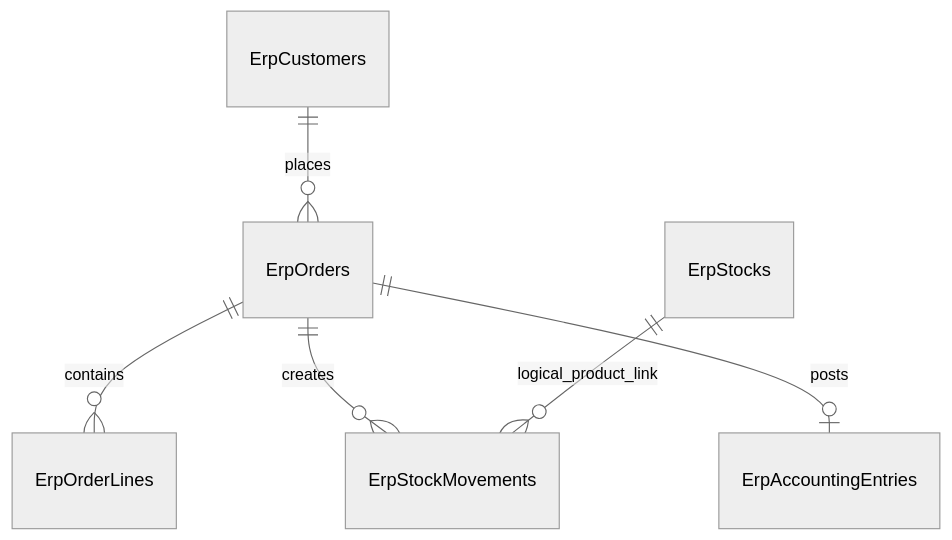
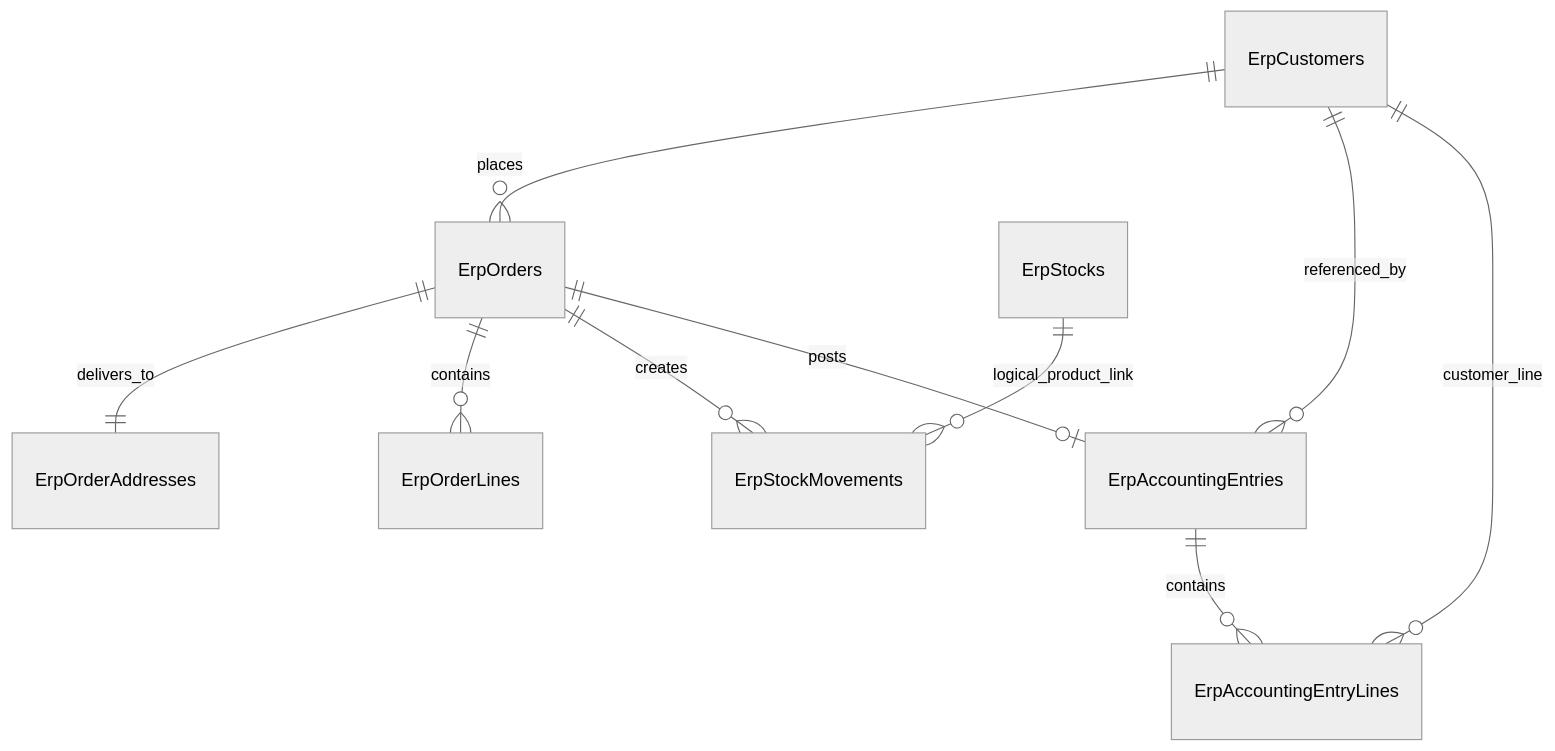
One commit to keremy321/OnlineMarket changed the fourth of 4 diagrams in docs/ai/DATABASE.md. Above: the diagram before and after it, drawn with Mermaid (neutral theme). The commit also changed other lines of this file and 8 other files, not shown here.

````diff
--- a/docs/ai/DATABASE.md
+++ b/docs/ai/DATABASE.md
@@ -1459,8 +1478,12 @@
 ```mermaid
 erDiagram
     ErpCustomers ||--o{ ErpOrders : places
+    ErpOrders ||--|| ErpOrderAddresses : delivers_to
     ErpOrders ||--o{ ErpOrderLines : contains
     ErpOrders ||--o{ ErpStockMovements : creates
+    ErpCustomers ||--o{ ErpAccountingEntries : referenced_by
     ErpOrders ||--o| ErpAccountingEntries : posts
+    ErpAccountingEntries ||--o{ ErpAccountingEntryLines : contains
+    ErpCustomers ||--o{ ErpAccountingEntryLines : customer_line
     ErpStocks ||--o{ ErpStockMovements : logical_product_link
 ```
````
